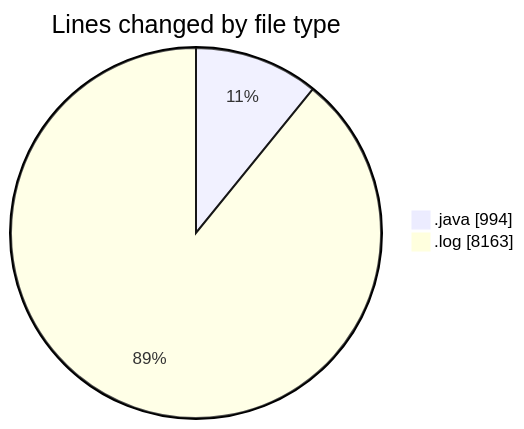
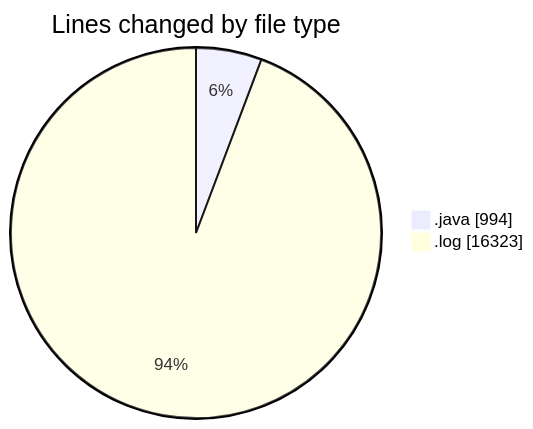
The first of 2 diagrams in 2026-04-07/cilapp/README.md (ricardozamudiocil/code-tracking), drawn with Mermaid before and after one commit. The commit also changed other lines of this file and 1 other file, not shown here.

````diff
--- a/2026-04-07/cilapp/README.md
+++ b/2026-04-07/cilapp/README.md
@@ -23,6 +23,6 @@
 ```mermaid
 pie showData
 title Lines changed by file type
 ".java" : 994
-".log" : 8163
+".log" : 16323
 ```
````
